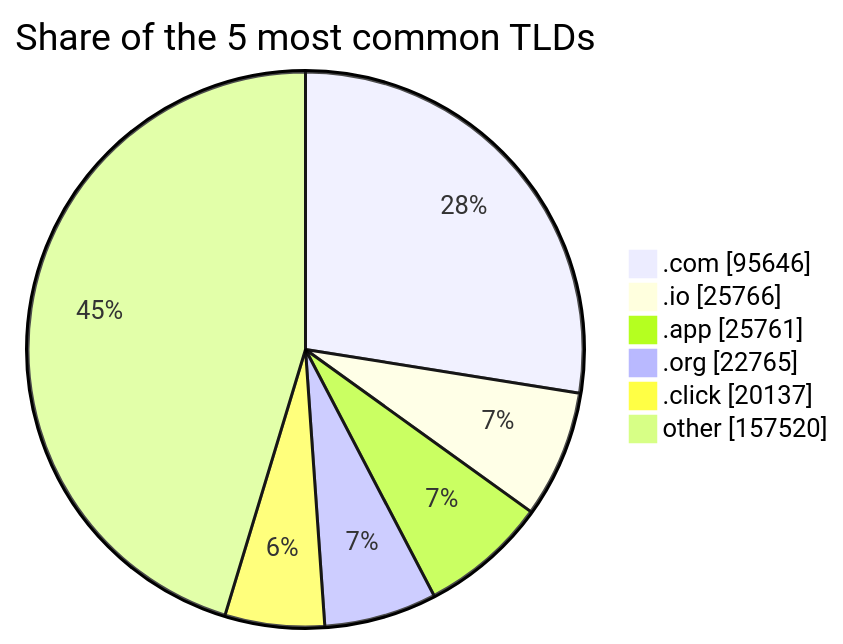
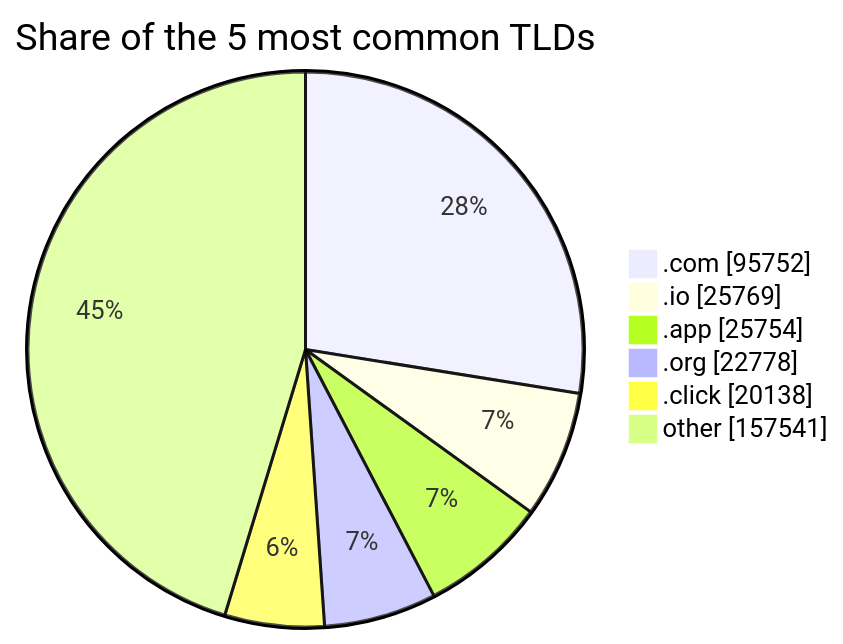
One commit to DNSBunker/CTI changed the third of 3 diagrams in README.md. Above: the diagram before and after it, drawn with Mermaid. The commit also changed other lines of this file and 3 other files, not shown here.

````diff
--- a/README.md
+++ b/README.md
@@ -81,9 +81,9 @@
 ```mermaid
 pie showData title Share of the 5 most common TLDs
-    ".com" : 95646
-    ".io" : 25766
-    ".app" : 25761
-    ".org" : 22765
-    ".click" : 20137
-    "other" : 157520
+    ".com" : 95752
+    ".io" : 25769
+    ".app" : 25754
+    ".org" : 22778
+    ".click" : 20138
+    "other" : 157541
 ```
````
